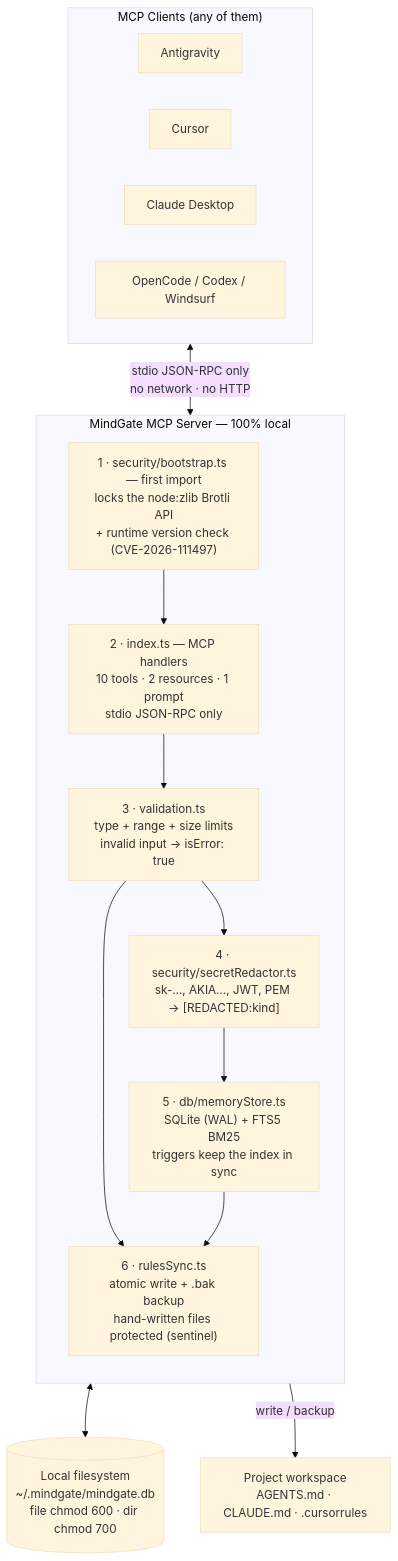
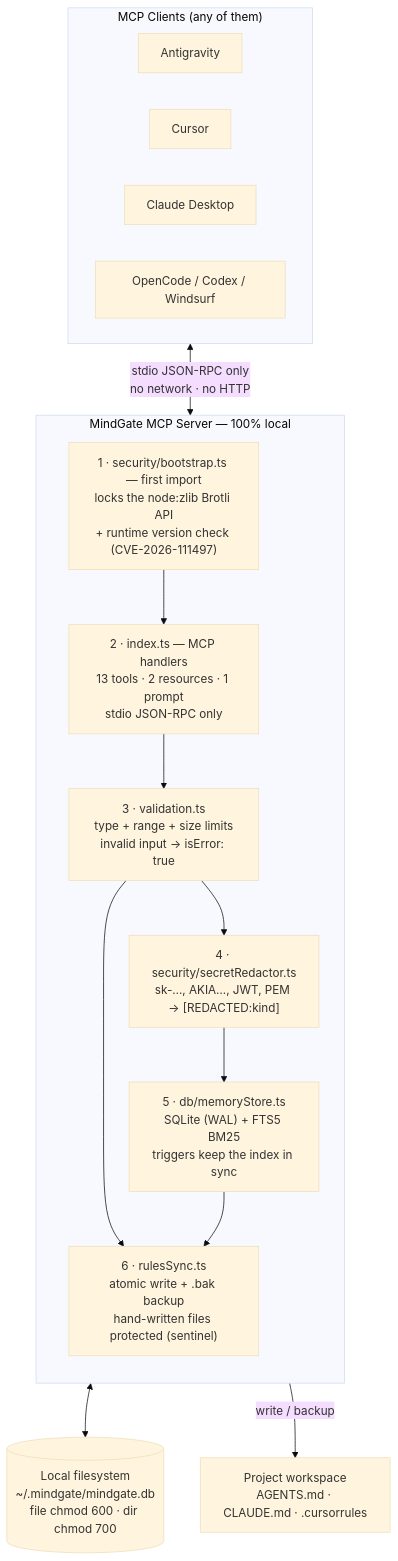
The diagram in README.md (aaserag1/mindgate-mcp), drawn with Mermaid (base theme) before and after one commit. The commit also changed other lines of this file, not shown here.

````diff
--- a/README.md
+++ b/README.md
@@ -45,32 +170,32 @@
 ```mermaid
 flowchart TB
     subgraph Clients["MCP Clients (any of them)"]
         A1["Antigravity"]
         A2["Cursor"]
         A3["Claude Desktop"]
         A4["OpenCode / Codex / Windsurf"]
     end
 
     subgraph Server["MindGate MCP Server — 100% local"]
         direction TB
         BOOT["1 · security/bootstrap.ts — first import<br/>locks the node:zlib Brotli API<br/>+ runtime version check (CVE-2026-111497)"]
-        TOOLS["2 · index.ts — MCP handlers<br/>10 tools · 2 resources · 1 prompt<br/>stdio JSON-RPC only"]
+        TOOLS["2 · index.ts — MCP handlers<br/>13 tools · 2 resources · 1 prompt<br/>stdio JSON-RPC only"]
         VALID["3 · validation.ts<br/>type + range + size limits<br/>invalid input → isError: true"]
         REDACT["4 · security/secretRedactor.ts<br/>sk-…, AKIA…, JWT, PEM → [REDACTED:kind]"]
         STORE["5 · db/memoryStore.ts<br/>SQLite (WAL) + FTS5 BM25<br/>triggers keep the index in sync"]
         RULES["6 · rulesSync.ts<br/>atomic write + .bak backup<br/>hand-written files protected (sentinel)"]
         BOOT --> TOOLS
         TOOLS --> VALID
         VALID --> REDACT
         REDACT --> STORE
         VALID --> RULES
         STORE --> RULES
     end
 
     DB[("Local filesystem<br/>~/.mindgate/mindgate.db<br/>file chmod 600 · dir chmod 700")]
     PROJ["Project workspace<br/>AGENTS.md · CLAUDE.md · .cursorrules"]
 
     Clients <-->|"stdio JSON-RPC only<br/>no network · no HTTP"| BOOT
     STORE <--> DB
     RULES -->|"write / backup"| PROJ
 ```
````
